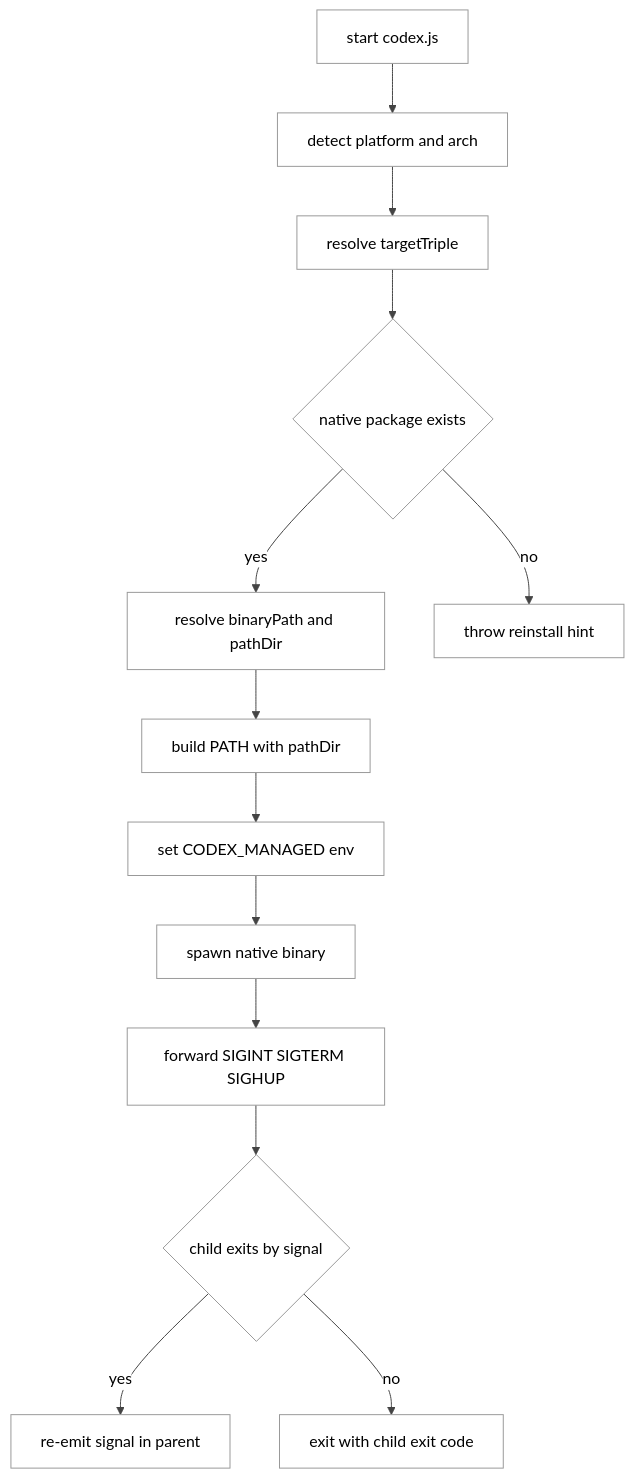
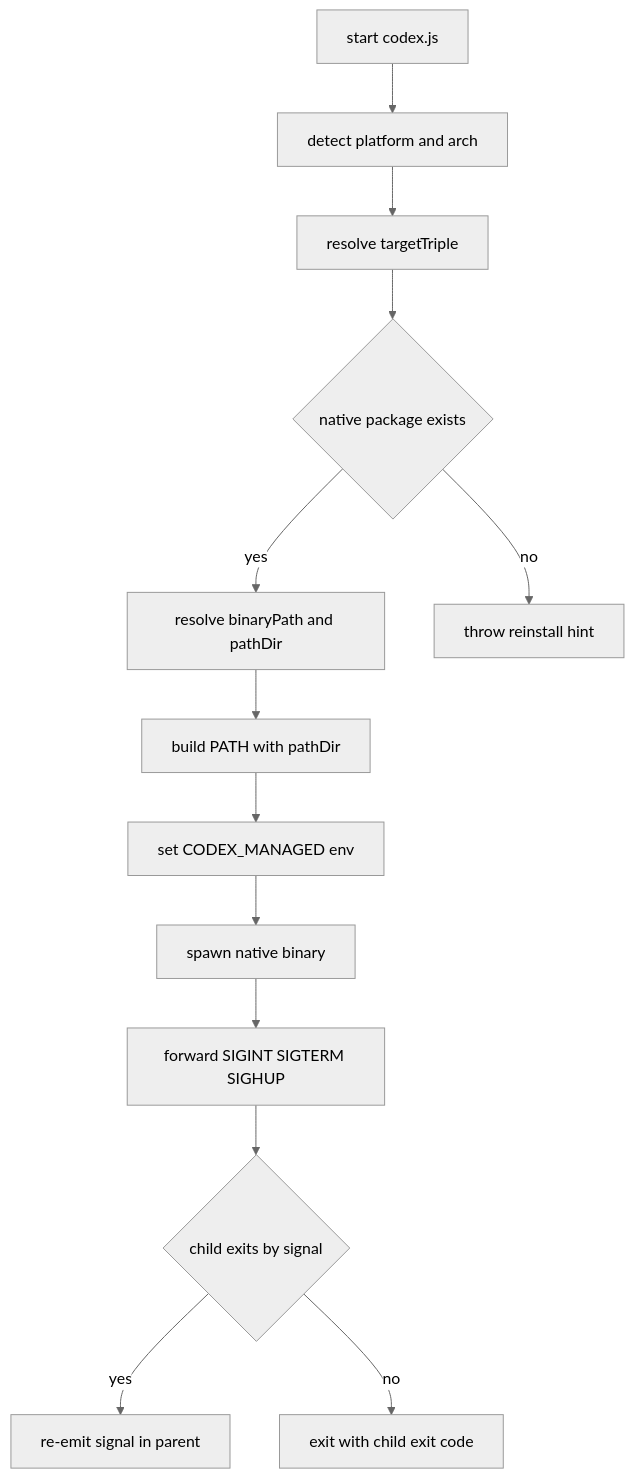
One commit to GLBB/codex-source-analysis changed the second of 6 diagrams in Part I Principles and Usage/02-多入口与启动分发.md. Above: the diagram before and after it, drawn with Mermaid. The commit also changed other lines of this file and 29 other files, not shown here.

````diff
--- a/Part I Principles and Usage/02-多入口与启动分发.md
+++ b/Part I Principles and Usage/02-多入口与启动分发.md
@@ -280,16 +280,16 @@
 ```mermaid
-%%{init: {"theme":"neutral","themeVariables":{"background":"#ffffff","mainBkg":"#ffffff","primaryTextColor":"#000000","lineColor":"#444444","fontFamily":"Helvetica"},"themeCSS":"svg { background: #ffffff !important; }"}}%%
+%%{init:{'theme':'neutral','themeVariables':{'background':'#ffffff'}}}%%
 flowchart TD
     A["start codex.js"] --> B["detect platform and arch"]
     B --> C["resolve targetTriple"]
     C --> D{"native package exists"}
     D -->|yes| E["resolve binaryPath and pathDir"]
     D -->|no| F["throw reinstall hint"]
     E --> G["build PATH with pathDir"]
     G --> H["set CODEX_MANAGED env"]
     H --> I["spawn native binary"]
     I --> J["forward SIGINT SIGTERM SIGHUP"]
     J --> K{"child exits by signal"}
     K -->|yes| L["re-emit signal in parent"]
     K -->|no| M["exit with child exit code"]
 ```
````
